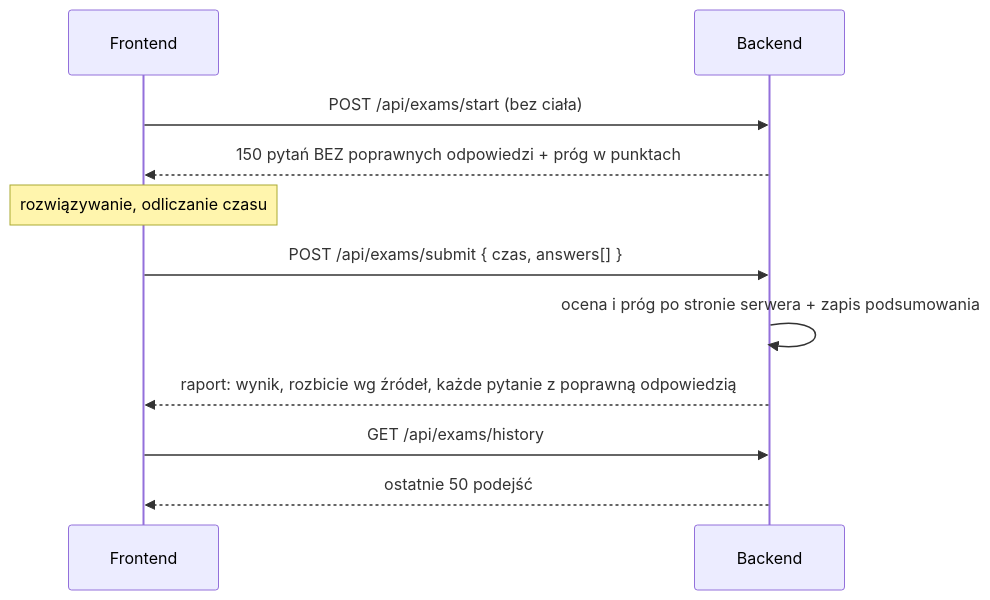
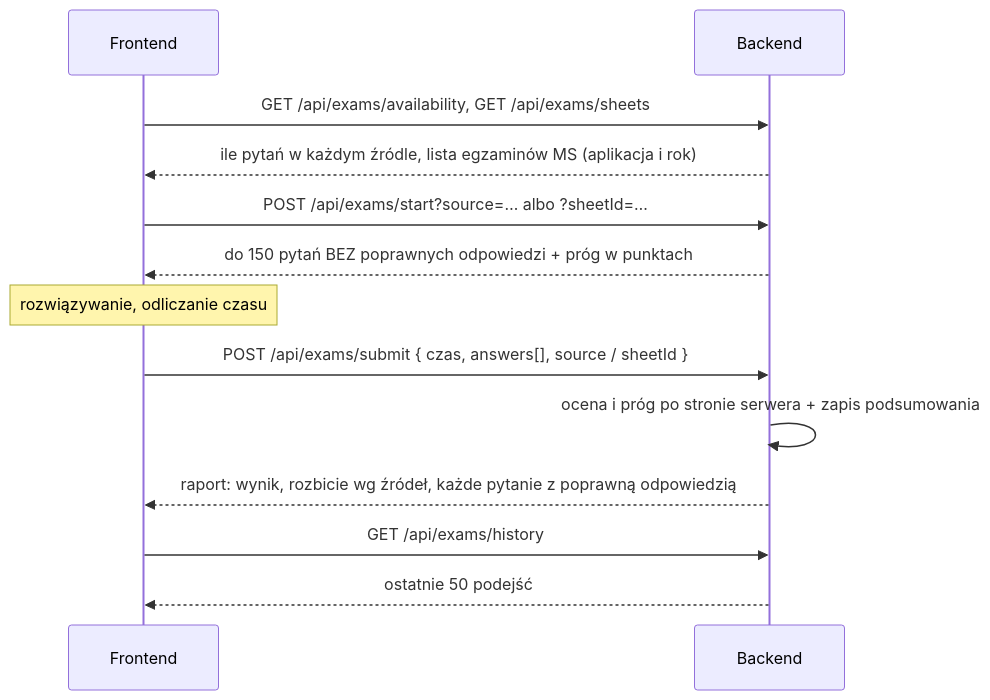
Before and after one commit to YellowHand/tutlaw-backend: the diagram in docs/api/07-egzaminy.md, drawn with Mermaid. The commit also changed other lines of this file and 15 other files, not shown here.

````diff
--- a/docs/api/07-egzaminy.md
+++ b/docs/api/07-egzaminy.md
@@ -13,13 +21,15 @@
 ```mermaid
 sequenceDiagram
     participant F as Frontend
     participant B as Backend
-    F->>B: POST /api/exams/start (bez ciała)
-    B-->>F: 150 pytań BEZ poprawnych odpowiedzi + próg w punktach
+    F->>B: GET /api/exams/availability, GET /api/exams/sheets
+    B-->>F: ile pytań w każdym źródle, lista egzaminów MS (aplikacja i rok)
+    F->>B: POST /api/exams/start?source=… albo ?sheetId=…
+    B-->>F: do 150 pytań BEZ poprawnych odpowiedzi + próg w punktach
     Note over F: rozwiązywanie, odliczanie czasu
-    F->>B: POST /api/exams/submit { czas, answers[] }
+    F->>B: POST /api/exams/submit { czas, answers[], source / sheetId }
     B->>B: ocena i próg po stronie serwera + zapis podsumowania
     B-->>F: raport: wynik, rozbicie wg źródeł, każde pytanie z poprawną odpowiedzią
     F->>B: GET /api/exams/history
     B-->>F: ostatnie 50 podejść
 ```
````
